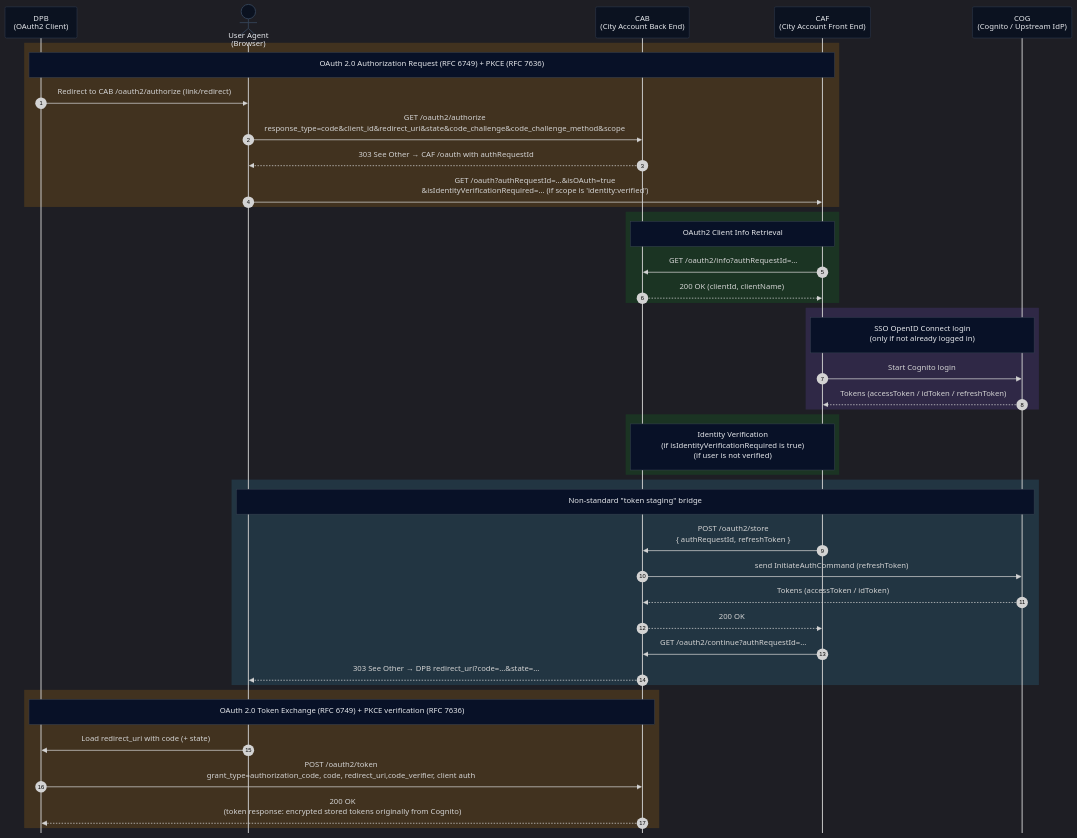
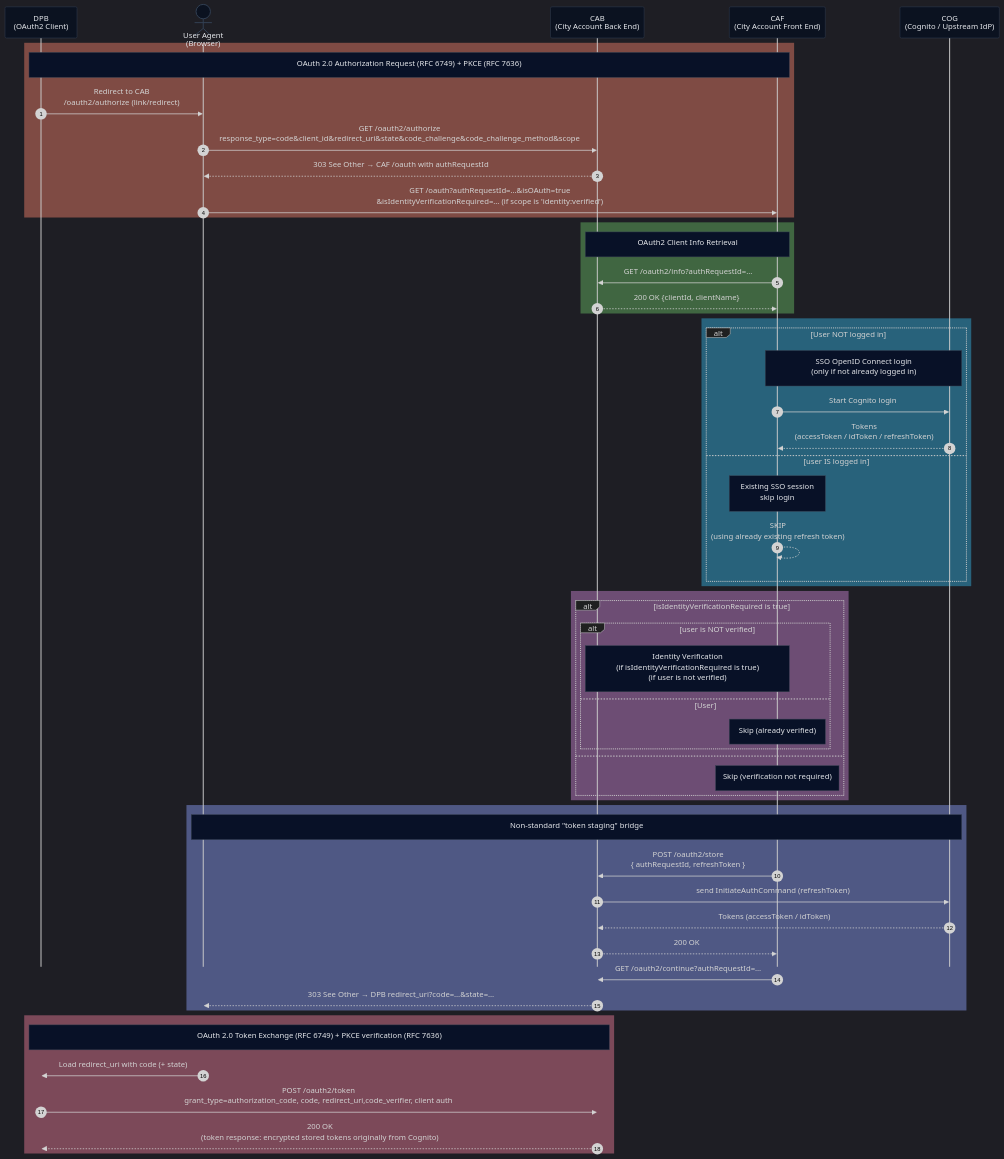
One commit to bratislava/konto.bratislava.sk changed the diagram in nest-city-account/src/oauth2/diagrams.md. Above: the diagram before and after it, drawn with Mermaid.

Commit message:
Refine OAuth2 flow diagram with enhanced styling updates and conditional logic adjustments.

```diff
--- a/nest-city-account/src/oauth2/diagrams.md
+++ b/nest-city-account/src/oauth2/diagrams.md
@@ -27,31 +27,44 @@
     participant CAF as CAF<br/>(City Account Front End)
     participant COG as COG<br/>(Cognito / Upstream IdP)
 
-    rect rgba(245, 158, 11, 0.16)
+    rect rgba(127, 75, 68)
         Note over DPB, CAF: OAuth 2.0 Authorization Request (RFC 6749) + PKCE (RFC 7636)
-        DPB ->> UA: Redirect to CAB /oauth2/authorize (link/redirect)
+        DPB ->> UA: Redirect to CAB<br>/oauth2/authorize (link/redirect)
         UA ->> CAB: GET /oauth2/authorize<br/>response_type=code&client_id&redirect_uri&state&code_challenge&code_challenge_method&scope
         CAB -->> UA: 303 See Other → CAF /oauth with authRequestId
         UA ->> CAF: GET /oauth?authRequestId=…&isOAuth=true<br>&isIdentityVerificationRequired=… (if scope is 'identity:verified')
     end
 
-    rect rgba(18, 167, 31, 0.16)
+    rect rgba(64, 102, 65)
         Note over CAB, CAF: OAuth2 Client Info Retrieval
         CAF ->> CAB: GET /oauth2/info?authRequestId=…
-        CAB -->> CAF: 200 OK (clientId, clientName)
+        CAB -->> CAF: 200 OK {clientId, clientName}
     end
 
-    rect rgba(139, 92, 246, 0.16)
-        Note over CAF, COG: SSO OpenID Connect login<br>(only if not already logged in)
-        CAF ->> COG: Start Cognito login
-        COG -->> CAF: Tokens (accessToken / idToken / refreshToken)
+    rect rgba(40, 98, 123)
+        alt User NOT logged in
+            Note over CAF, COG: SSO OpenID Connect login<br>(only if not already logged in)
+            CAF ->> COG: Start Cognito login
+            COG -->> CAF: Tokens<br>(accessToken / idToken / refreshToken)
+        else user IS logged in
+            Note over CAF: Existing SSO session<br>skip login
+            CAF -->> CAF: SKIP<br>(using already existing refresh token)
+        end
     end
 
-    rect rgba(18, 167, 31, 0.16)
-        Note over CAB, CAF: Identity Verification<br/>(if isIdentityVerificationRequired is true)<br/>(if user is not verified)
+    rect rgba(109, 77, 116)
+        alt isIdentityVerificationRequired is true
+            alt user is NOT verified
+                Note over CAB, CAF: Identity Verification<br/>(if isIdentityVerificationRequired is true)<br/>(if user is not verified)
+            else User
+                Note over CAF: Skip (already verified)
+            end
+        else
+            Note over CAF: Skip (verification not required)
+        end
     end
 
-    rect rgba(56, 189, 248, 0.14)
+    rect rgba(79, 88, 132)
         Note over UA, COG: Non-standard "token staging" bridge
         CAF ->> CAB: POST /oauth2/store<br/>{ authRequestId, refreshToken }
         CAB ->> COG: send InitiateAuthCommand (refreshToken)
@@ -61,7 +74,7 @@
         CAB -->> UA: 303 See Other → DPB redirect_uri?code=…&state=…
     end
 
-    rect rgba(245, 158, 11, 0.16)
+    rect rgba(124, 73, 89)
         Note over DPB, CAB: OAuth 2.0 Token Exchange (RFC 6749) + PKCE verification (RFC 7636)
         UA ->> DPB: Load redirect_uri with code (+ state)
         DPB ->> CAB: POST /oauth2/token<br/>grant_type=authorization_code, code, redirect_uri,code_verifier, client auth
```
